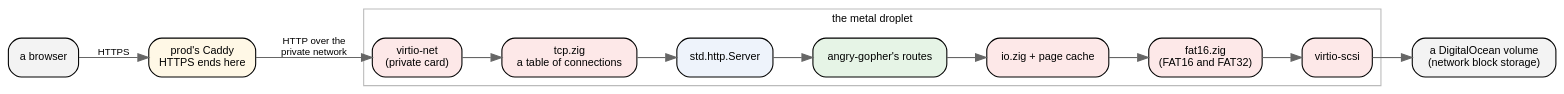
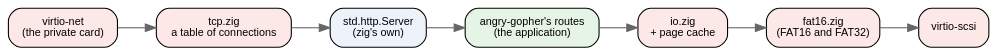
The fourth of 9 diagrams in notes/gopher-chat-on-its-own-kernel.md (showell/essay-repl-server), drawn with Graphviz before and after one commit. The commit also changed other lines of this file, not shown here.

Commit message:
notes: Gopher Chat on its own kernel, draft 2 (users section, request in two diagrams, arrows explained, TCP as one loop turn)

````diff
--- a/notes/gopher-chat-on-its-own-kernel.md
+++ b/notes/gopher-chat-on-its-own-kernel.md
@@ -94,26 +143,17 @@
 ```dot
-digraph request {
+digraph request_inside {
   rankdir=LR; bgcolor="transparent"; nodesep=0.25;
   node [shape=box style="rounded,filled" fontname="Helvetica" fontsize=10 fillcolor="#ffffff"];
   edge [fontname="Helvetica" fontsize=9 color="#666666"];
 
-  browser [label="a browser" fillcolor="#f3f3f3"];
-  caddy [label="prod's Caddy\nHTTPS ends here" fillcolor="#fff8e6"];
+  nic [label="virtio-net\n(the private card)" fillcolor="#fde8e8"];
+  tcp [label="tcp.zig\na table of connections" fillcolor="#fde8e8"];
+  http [label="std.http.Server\n(zig's own)" fillcolor="#eef3fb"];
+  app [label="angry-gopher's routes\n(the application)" fillcolor="#e6f4e6"];
+  io [label="io.zig\n+ page cache" fillcolor="#fde8e8"];
+  fat [label="fat16.zig\n(FAT16 and FAT32)" fillcolor="#fde8e8"];
+  scsi [label="virtio-scsi" fillcolor="#fde8e8"];
 
-  subgraph cluster_metal {
-    label="the metal droplet"; fontname="Helvetica"; fontsize=10; color="#bbbbbb";
-    nic [label="virtio-net\n(private card)" fillcolor="#fde8e8"];
-    tcp [label="tcp.zig\na table of connections" fillcolor="#fde8e8"];
-    http [label="std.http.Server" fillcolor="#eef3fb"];
-    app [label="angry-gopher's routes" fillcolor="#e6f4e6"];
-    io [label="io.zig + page cache" fillcolor="#fde8e8"];
-    fat [label="fat16.zig\n(FAT16 and FAT32)" fillcolor="#fde8e8"];
-    scsi [label="virtio-scsi" fillcolor="#fde8e8"];
-  }
-  vol [label="a DigitalOcean volume\n(network block storage)" fillcolor="#f3f3f3"];
-
-  browser -> caddy [label="HTTPS"];
-  caddy -> nic [label="HTTP over the\nprivate network"];
-  nic -> tcp -> http -> app -> io -> fat -> scsi -> vol;
+  nic -> tcp -> http -> app -> io -> fat -> scsi;
 }
 ```
````
